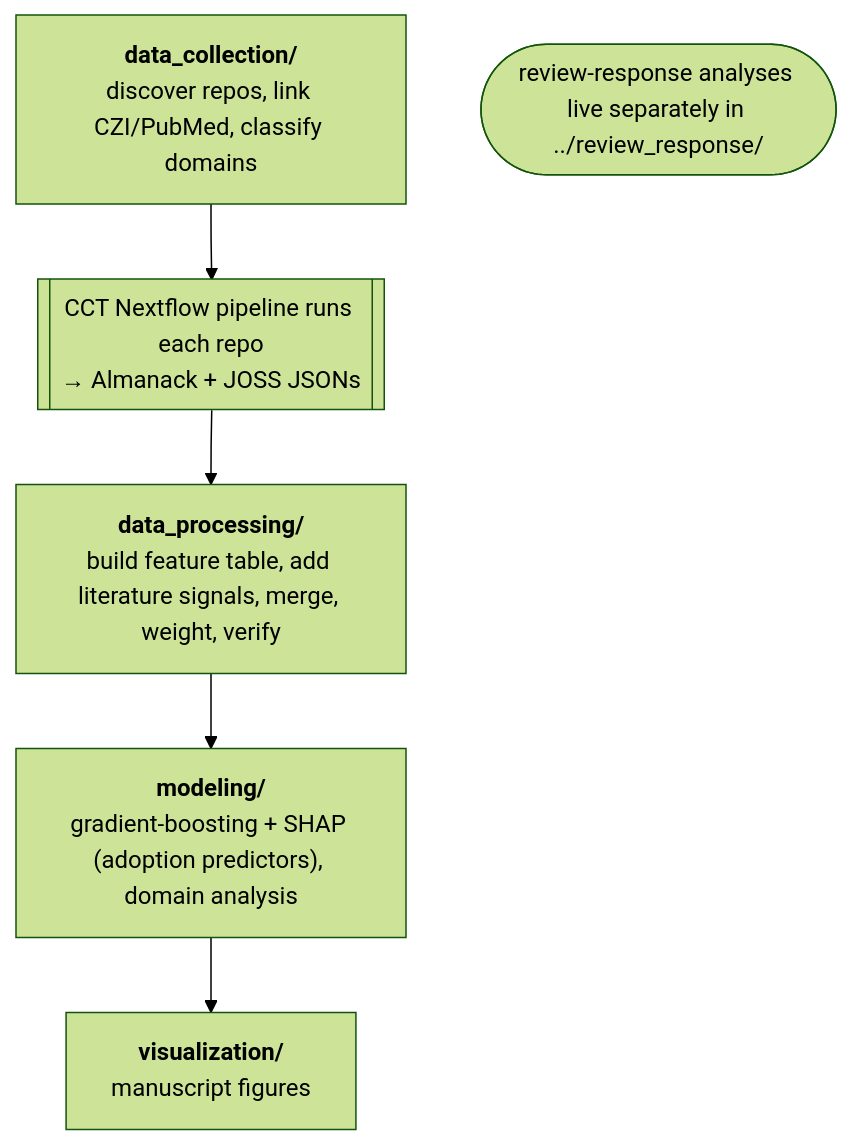
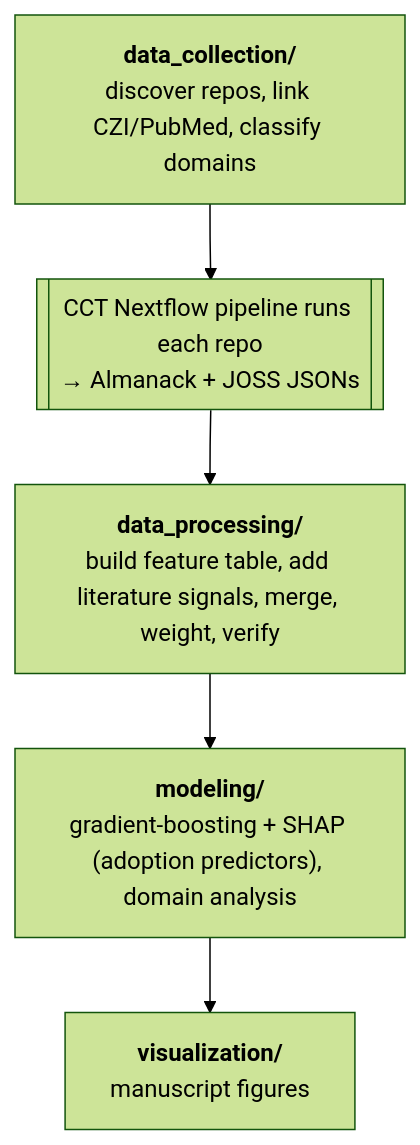
One commit to mc2-center/cckp-toolkit-workflow changed the diagram in analysis/README.md. Above: the diagram before and after it, drawn with Mermaid (forest theme). The commit also changed other lines of this file, not shown here.

First line of the commit message:
Remove review-response references from analysis/README.md

````diff
--- a/analysis/README.md
+++ b/analysis/README.md
@@ -46,11 +46,10 @@
 ```mermaid
 flowchart TD
     dc["<b>data_collection/</b><br/>discover repos, link CZI/PubMed, classify domains"]
     cct[["CCT Nextflow pipeline runs each repo<br/>&rarr; Almanack + JOSS JSONs"]]
     dp["<b>data_processing/</b><br/>build feature table, add literature signals, merge, weight, verify"]
     md["<b>modeling/</b><br/>gradient-boosting + SHAP (adoption predictors), domain analysis"]
     vis["<b>visualization/</b><br/>manuscript figures"]
-    rr(["review-response analyses live separately in ../review_response/"])
 
     dc --> cct --> dp --> md --> vis
 ```
````
